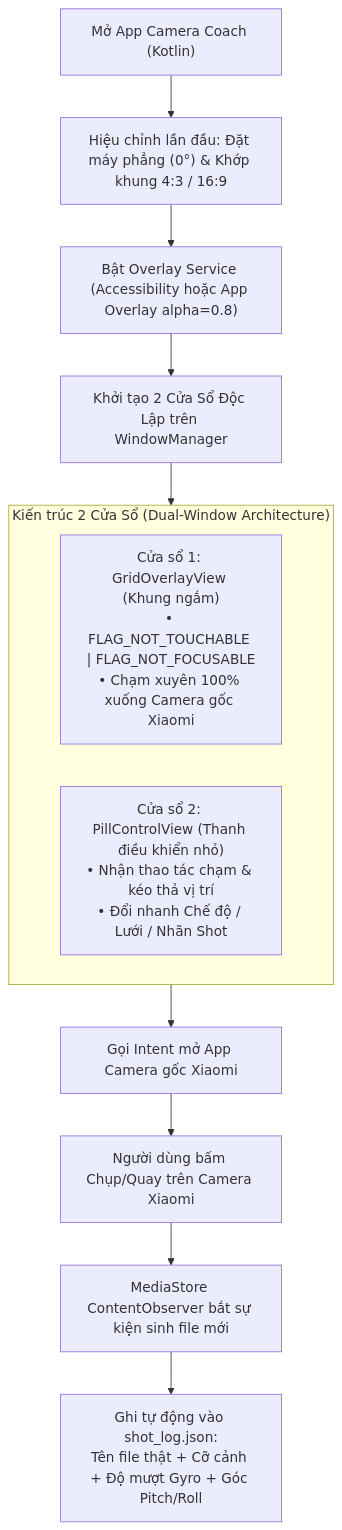
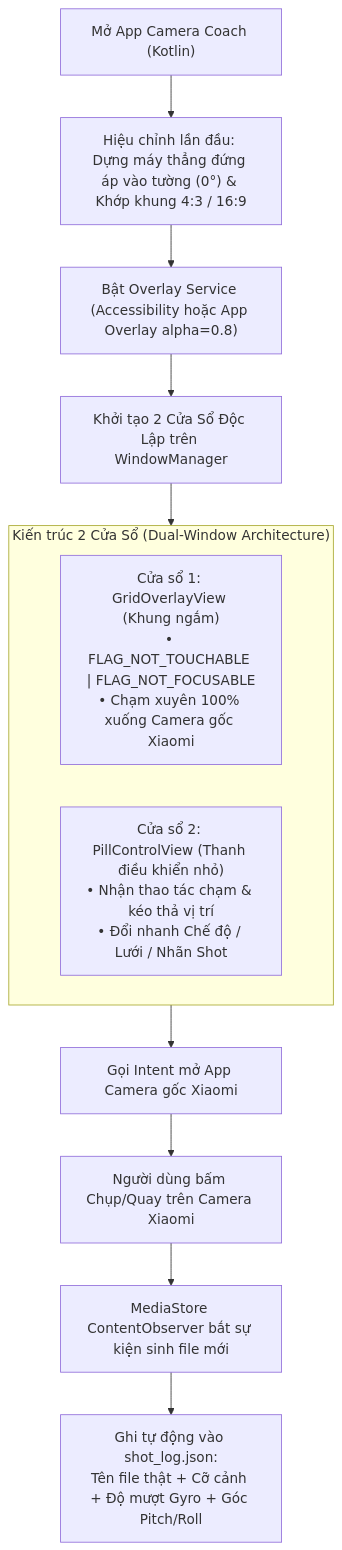
Before and after one commit to trinhhai1208/cam-hud: the first of 2 diagrams in Doc1_Mobile_Camera_Coach_Plan.md, drawn with Mermaid. The commit also changed other lines of this file and 27 other files, not shown here.

First line of the commit message:
feat: Android Camera Coach HUD app (Kotlin) with sensor, overlay & shot logger

````diff
--- a/Doc1_Mobile_Camera_Coach_Plan.md
+++ b/Doc1_Mobile_Camera_Coach_Plan.md
@@ -87,17 +87,17 @@
 ```mermaid
 flowchart TD
-    Start["Mở App Camera Coach (Kotlin)"] --> Calib["Hiệu chỉnh lần đầu: Đặt máy phẳng (0°) & Khớp khung 4:3 / 16:9"]
+    Start["Mở App Camera Coach (Kotlin)"] --> Calib["Hiệu chỉnh lần đầu: Dựng máy thẳng đứng áp vào tường (0°) & Khớp khung 4:3 / 16:9"]
     Calib --> StartService["Bật Overlay Service (Accessibility hoặc App Overlay alpha=0.8)"]
     StartService --> Spawn2Win["Khởi tạo 2 Cửa Sổ Độc Lập trên WindowManager"]
     
     subgraph TwoWindows ["Kiến trúc 2 Cửa Sổ (Dual-Window Architecture)"]
         Win1["Cửa sổ 1: GridOverlayView (Khung ngắm)<br/>• FLAG_NOT_TOUCHABLE | FLAG_NOT_FOCUSABLE<br/>• Chạm xuyên 100% xuống Camera gốc Xiaomi"]
         Win2["Cửa sổ 2: PillControlView (Thanh điều khiển nhỏ)<br/>• Nhận thao tác chạm & kéo thả vị trí<br/>• Đổi nhanh Chế độ / Lưới / Nhãn Shot"]
     end
     
     Spawn2Win --> TwoWindows
     TwoWindows --> LaunchXiaomi["Gọi Intent mở App Camera gốc Xiaomi"]
     LaunchXiaomi --> Shoot["Người dùng bấm Chụp/Quay trên Camera Xiaomi"]
     Shoot --> MediaObserver["MediaStore ContentObserver bắt sự kiện sinh file mới"]
     MediaObserver --> SaveLog["Ghi tự động vào shot_log.json:<br/>Tên file thật + Cỡ cảnh + Độ mượt Gyro + Góc Pitch/Roll"]
 ```
````
